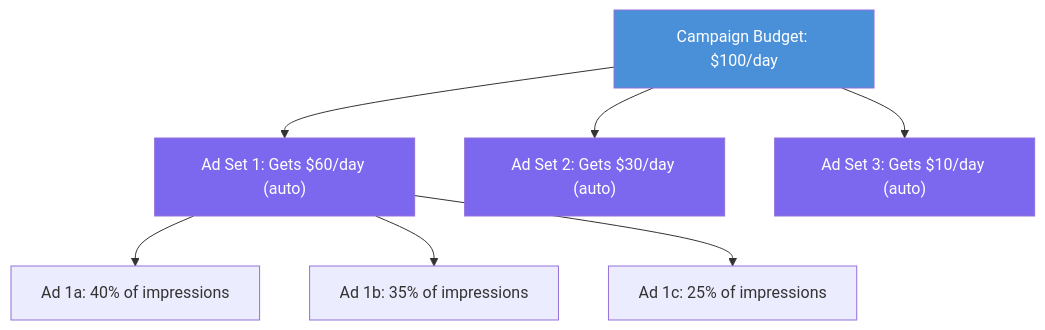
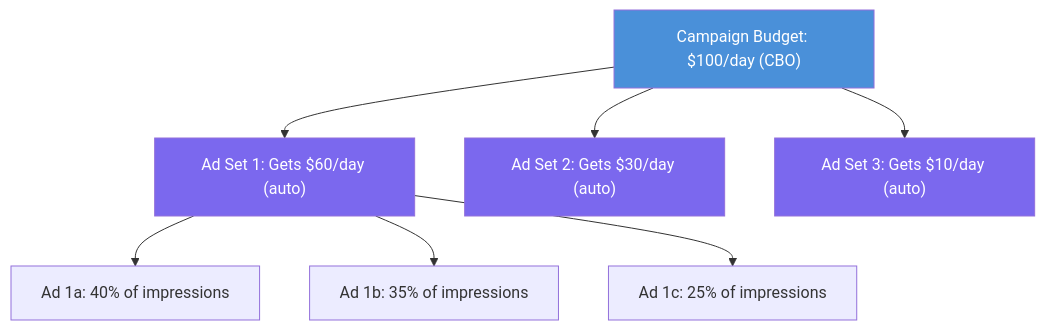
Before and after one commit to saanghyuk/ship-your-ads: the second of 2 diagrams in concepts/campaign-structure.mdx, drawn with Mermaid. The commit also changed other lines of this file and 47 other files, not shown here.

````diff
--- a/concepts/campaign-structure.mdx
+++ b/concepts/campaign-structure.mdx
@@ -409,15 +407,15 @@
 ```mermaid
 graph TD
-    C["Campaign Budget: $100/day"] --> AS1["Ad Set 1: Gets $60/day (auto)"]
+    C["Campaign Budget: $100/day (CBO)"] --> AS1["Ad Set 1: Gets $60/day (auto)"]
     C --> AS2["Ad Set 2: Gets $30/day (auto)"]
     C --> AS3["Ad Set 3: Gets $10/day (auto)"]
 
     AS1 --> A1["Ad 1a: 40% of impressions"]
     AS1 --> A2["Ad 1b: 35% of impressions"]
     AS1 --> A3["Ad 1c: 25% of impressions"]
 
     style C fill:#4A90D9,color:#fff
     style AS1 fill:#7B68EE,color:#fff
     style AS2 fill:#7B68EE,color:#fff
     style AS3 fill:#7B68EE,color:#fff
 ```
````
